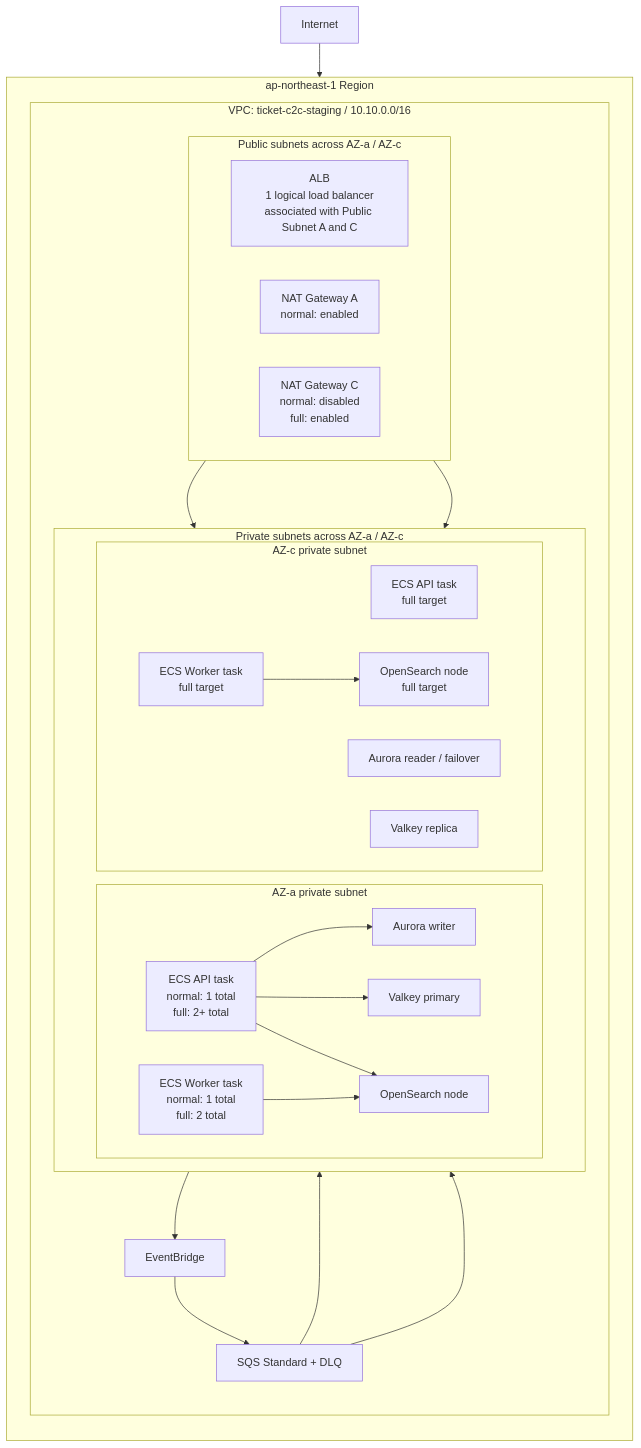
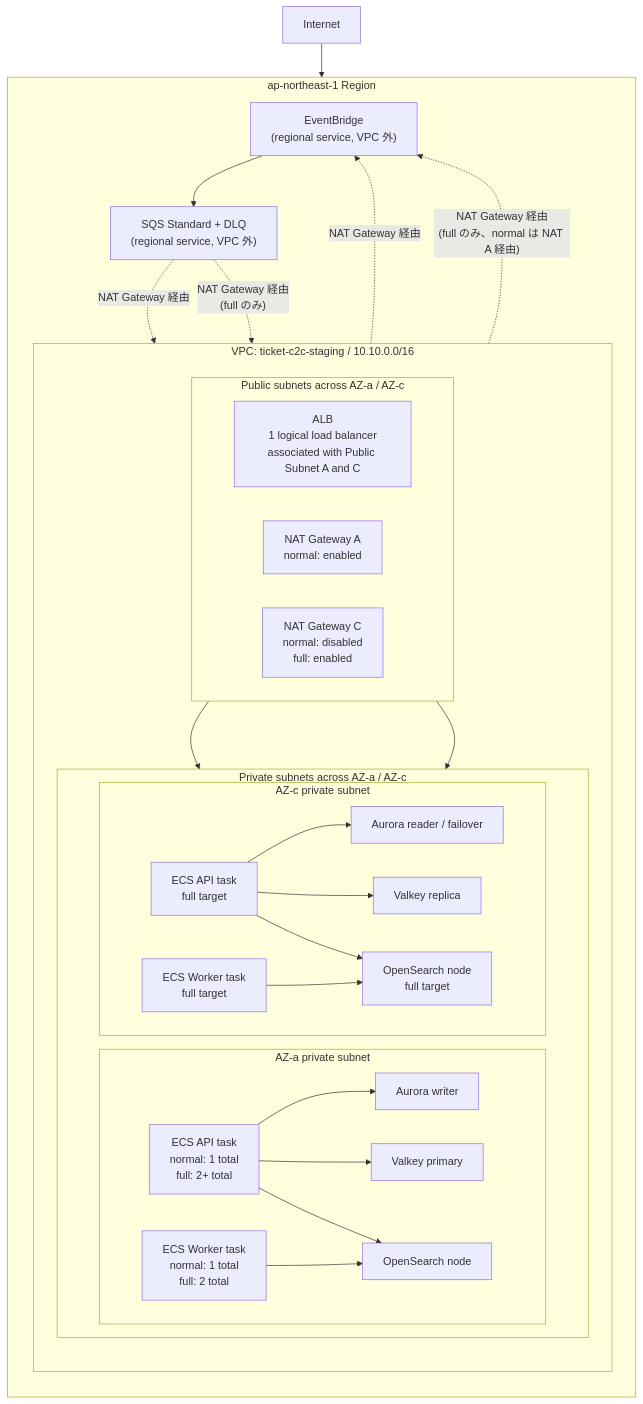
The diagram in docs/architecture/staging-environment.md (kmryst/ticket-c2c-platform), drawn with Mermaid before and after one commit. The commit also changed other lines of this file and 1 other file, not shown here.

````diff
--- a/docs/architecture/staging-environment.md
+++ b/docs/architecture/staging-environment.md
@@ -43,55 +43,59 @@
 ```mermaid
 flowchart TB
   internet[Internet]
 
   subgraph region["ap-northeast-1 Region"]
     direction TB
 
     subgraph vpc["VPC: ticket-c2c-staging / 10.10.0.0/16"]
       direction TB
 
       subgraph public_subnets["Public subnets across AZ-a / AZ-c"]
         direction LR
         alb["ALB\n1 logical load balancer\nassociated with Public Subnet A and C"]
         nat_a["NAT Gateway A\nnormal: enabled"]
         nat_c["NAT Gateway C\nnormal: disabled\nfull: enabled"]
       end
 
       subgraph private_subnets["Private subnets across AZ-a / AZ-c"]
         direction LR
 
         subgraph az_a_private["AZ-a private subnet"]
           api_a["ECS API task\nnormal: 1 total\nfull: 2+ total"]
           worker_a["ECS Worker task\nnormal: 1 total\nfull: 2 total"]
           aurora_writer["Aurora writer"]
           valkey_primary["Valkey primary"]
           os_a["OpenSearch node"]
         end
 
         subgraph az_c_private["AZ-c private subnet"]
           api_c["ECS API task\nfull target"]
           worker_c["ECS Worker task\nfull target"]
           aurora_reader["Aurora reader / failover"]
           valkey_replica["Valkey replica"]
           os_c["OpenSearch node\nfull target"]
         end
       end
+    end
 
-      eventbridge["EventBridge"]
-      sqs["SQS Standard + DLQ"]
-    end
+    eventbridge["EventBridge\n(regional service, VPC 外)"]
+    sqs["SQS Standard + DLQ\n(regional service, VPC 外)"]
   end
 
   internet --> alb
   alb --> api_a
   alb --> api_c
   api_a --> aurora_writer
   api_a --> valkey_primary
   api_a --> os_a
-  api_a --> eventbridge
+  api_c --> aurora_reader
+  api_c --> valkey_replica
+  api_c --> os_c
+  api_a -. "NAT Gateway 経由" .-> eventbridge
+  api_c -. "NAT Gateway 経由\n(full のみ、normal は NAT A 経由)" .-> eventbridge
   eventbridge --> sqs
-  sqs --> worker_a
-  sqs --> worker_c
+  sqs -. "NAT Gateway 経由" .-> worker_a
+  sqs -. "NAT Gateway 経由\n(full のみ)" .-> worker_c
   worker_a --> os_a
   worker_c --> os_c
 ```
````
